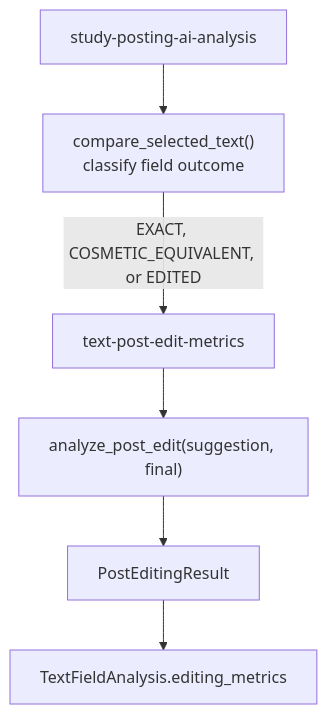
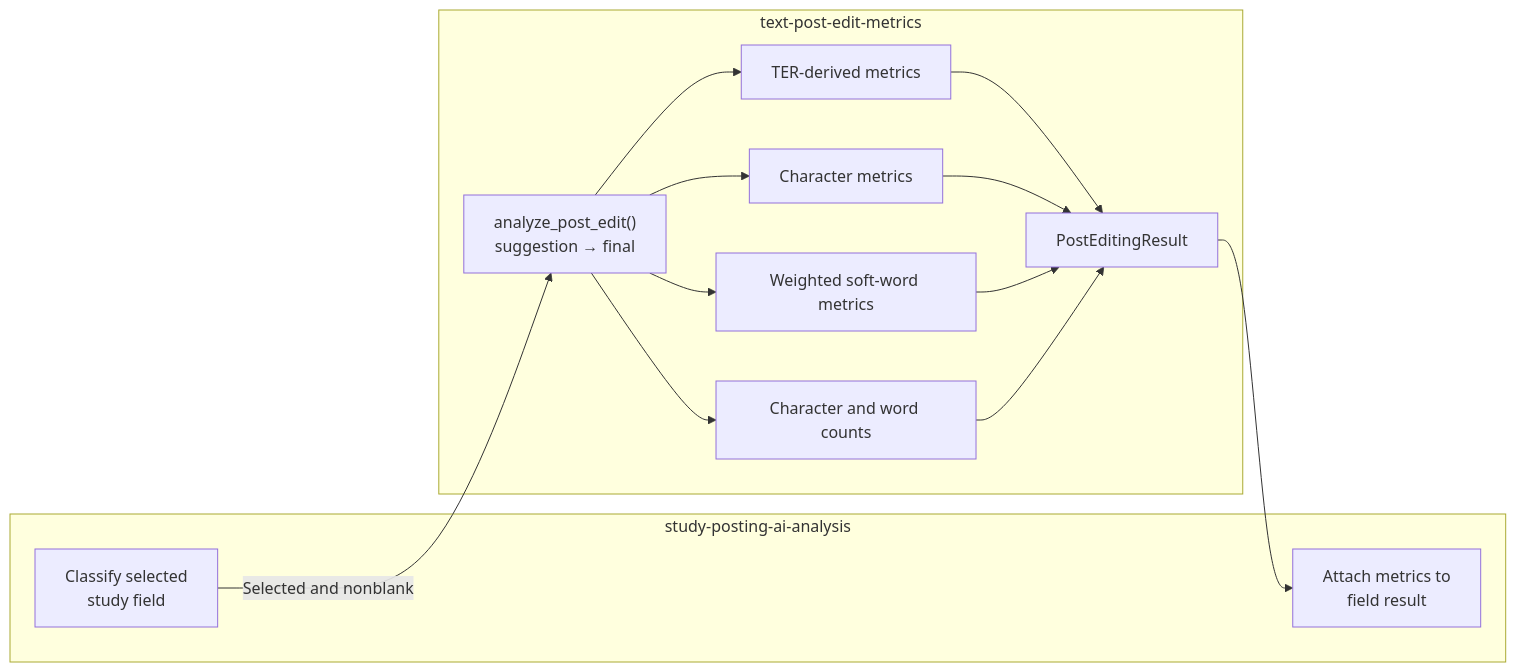
One commit to umich-michr/michr-scripts changed the fifth of 10 diagrams in python/packages/study-posting-ai-analysis/docs/program-flow.md. Above: the diagram before and after it, drawn with Mermaid. The commit also changed other lines of this file and 20 other files, not shown here.

````diff
--- a/python/packages/study-posting-ai-analysis/docs/program-flow.md
+++ b/python/packages/study-posting-ai-analysis/docs/program-flow.md
@@ -177,13 +212,29 @@
 ```mermaid
-flowchart TB
-    STUDY["study-posting-ai-analysis"]
-    CHECK["compare_selected_text()<br/>classify field outcome"]
-    GENERIC["text-post-edit-metrics"]
-    ENTRY["analyze_post_edit(suggestion, final)"]
-    RESULT["PostEditingResult"]
+flowchart LR
+    subgraph Study["study-posting-ai-analysis"]
+        CLASSIFY["Classify selected<br/>study field"]
+        ATTACH["Attach metrics to<br/>field result"]
+    end
 
-    STUDY --> CHECK
-    CHECK -->|"EXACT, COSMETIC_EQUIVALENT, or EDITED"| GENERIC
-    GENERIC --> ENTRY --> RESULT
-    RESULT --> ATTACH["TextFieldAnalysis.editing_metrics"]
+    subgraph Metrics["text-post-edit-metrics"]
+        ANALYZE["analyze_post_edit()<br/>suggestion → final"]
+        TER["TER-derived metrics"]
+        CHAR["Character metrics"]
+        SOFT["Weighted soft-word metrics"]
+        COUNTS["Character and word counts"]
+        RESULT["PostEditingResult"]
+    end
+
+    CLASSIFY -->|"Selected and nonblank"| ANALYZE
+    ANALYZE --> TER
+    ANALYZE --> CHAR
+    ANALYZE --> SOFT
+    ANALYZE --> COUNTS
+
+    TER --> RESULT
+    CHAR --> RESULT
+    SOFT --> RESULT
+    COUNTS --> RESULT
+
+    RESULT --> ATTACH
 ```
````
